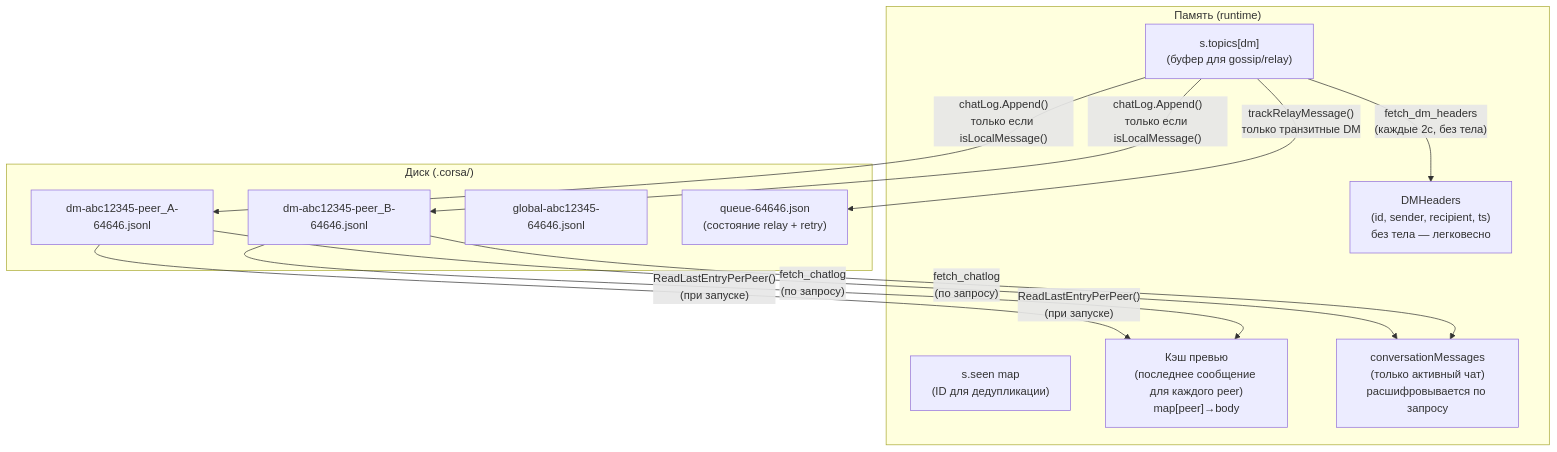
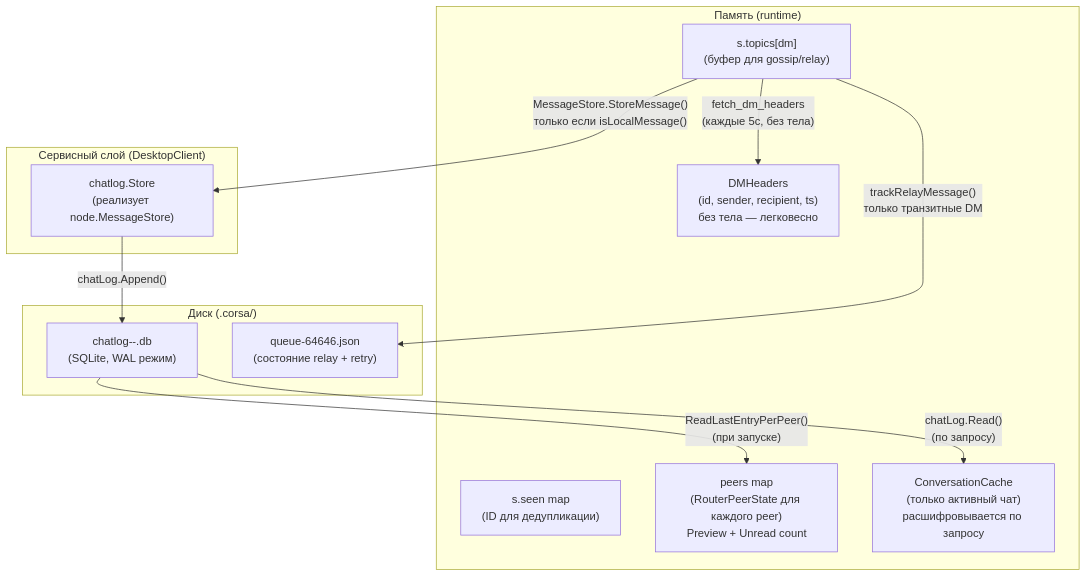
The ninth of 16 diagrams in docs/chatlog.md (piratecash/corsa), drawn with Mermaid before and after one commit. The commit also changed other lines of this file and 35 other files, not shown here.

First line of the commit message:
feat(service): extract DMRouter, migrate chatlog to SQLite, add structured logging

````diff
--- a/docs/chatlog.md
+++ b/docs/chatlog.md
@@ -367,26 +726,26 @@
 ```mermaid
 flowchart TB
     subgraph MEMORY["Память (runtime)"]
         TOPICS["s.topics[dm]\n(буфер для gossip/relay)"]
         SEEN["s.seen map\n(ID для дедупликации)"]
         HEADERS["DMHeaders\n(id, sender, recipient, ts)\nбез тела — легковесно"]
-        PREVIEWS["Кэш превью\n(последнее сообщение для каждого peer)\nmap[peer]→body"]
-        CONV["conversationMessages\n(только активный чат)\nрасшифровывается по запросу"]
+        PEERS["peers map\n(RouterPeerState для каждого peer)\nPreview + Unread count"]
+        CACHE["ConversationCache\n(только активный чат)\nрасшифровывается по запросу"]
+    end
+
+    subgraph SVC["Сервисный слой (DesktopClient)"]
+        CHATLOG["chatlog.Store\n(реализует node.MessageStore)"]
     end
 
     subgraph DISK["Диск (.corsa/)"]
-        FILE_A["dm-abc12345-peer_A-64646.jsonl"]
-        FILE_B["dm-abc12345-peer_B-64646.jsonl"]
-        FILE_G["global-abc12345-64646.jsonl"]
+        DB["chatlog-<identity_short>-<port>.db\n(SQLite, WAL режим)"]
         QUEUE["queue-64646.json\n(состояние relay + retry)"]
     end
 
-    TOPICS -->|"chatLog.Append()\nтолько если isLocalMessage()"| FILE_A
-    TOPICS -->|"chatLog.Append()\nтолько если isLocalMessage()"| FILE_B
+    TOPICS -->|"MessageStore.StoreMessage()\nтолько если isLocalMessage()"| CHATLOG
+    CHATLOG -->|"chatLog.Append()"| DB
     TOPICS -->|"trackRelayMessage()\nтолько транзитные DM"| QUEUE
-    FILE_A -->|"fetch_chatlog\n(по запросу)"| CONV
-    FILE_B -->|"fetch_chatlog\n(по запросу)"| CONV
-    FILE_A -->|"ReadLastEntryPerPeer()\n(при запуске)"| PREVIEWS
-    FILE_B -->|"ReadLastEntryPerPeer()\n(при запуске)"| PREVIEWS
-    TOPICS -->|"fetch_dm_headers\n(каждые 2с, без тела)"| HEADERS
+    DB -->|"chatLog.Read()\n(по запросу)"| CACHE
+    DB -->|"ReadLastEntryPerPeer()\n(при запуске)"| PEERS
+    TOPICS -->|"fetch_dm_headers\n(каждые 5с, без тела)"| HEADERS
 ```
````
